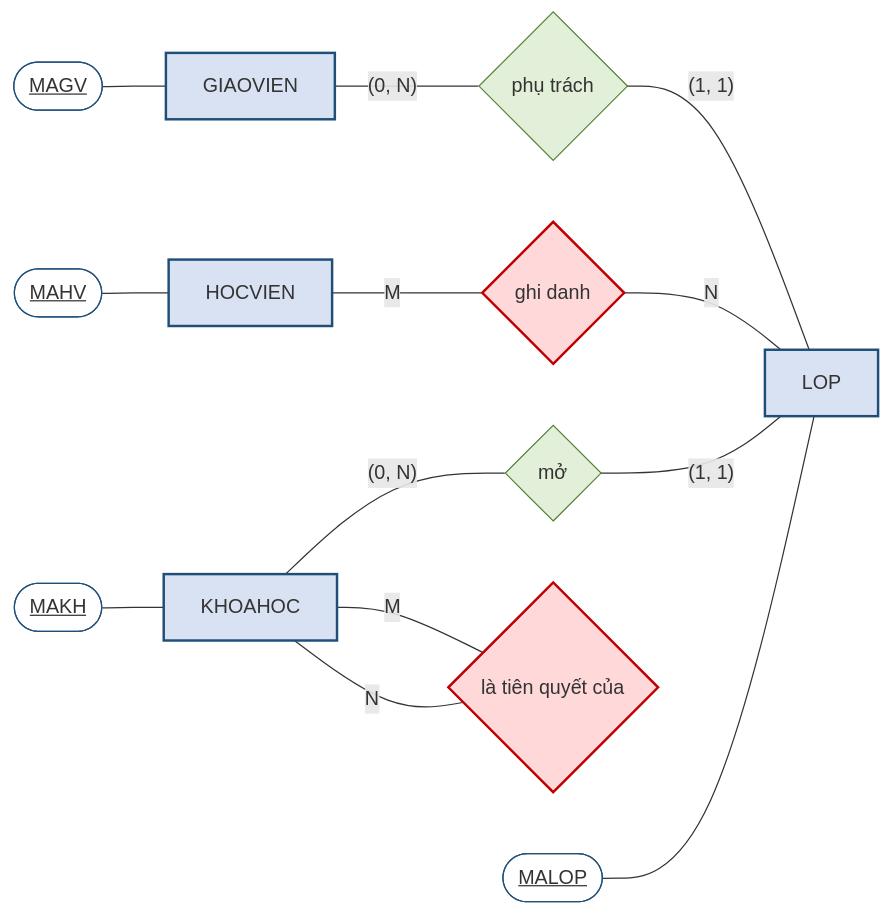
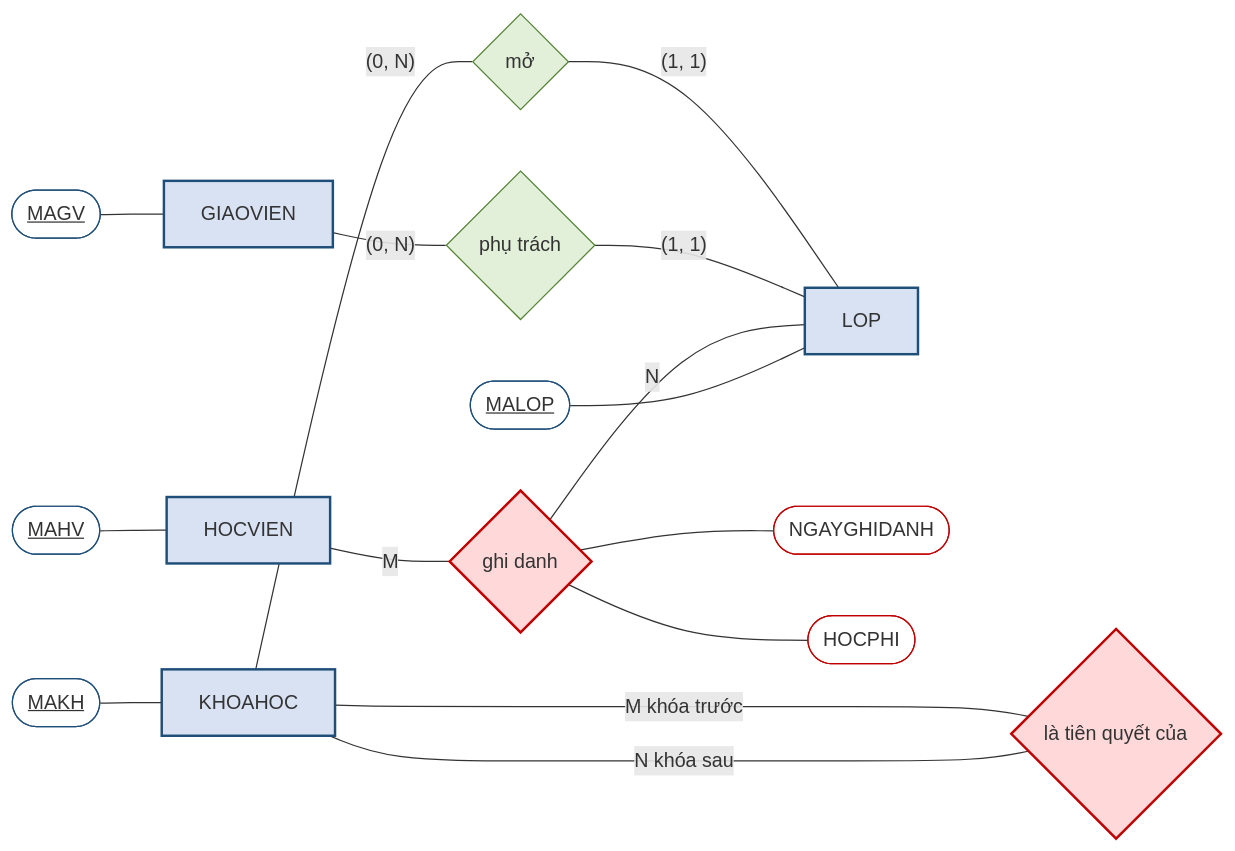
One commit to CuongNguyenDAU/csdl-dbs201 changed the second of 4 diagrams in docs/chuong-2/2-9-vi-du-tong-hop-trung-tam-anh-ngu-abc.md. Above: the diagram before and after it, drawn with Mermaid. The commit also changed other lines of this file and 98 other files, not shown here.

````diff
--- a/docs/chuong-2/2-9-vi-du-tong-hop-trung-tam-anh-ngu-abc.md
+++ b/docs/chuong-2/2-9-vi-du-tong-hop-trung-tam-anh-ngu-abc.md
@@ -88,27 +88,31 @@
 ```mermaid
 flowchart LR
     KH["KHOAHOC"] ---|"(0, N)"| R1{"mở"}
     R1 ---|"(1, 1)"| LOP["LOP"]
     GV["GIAOVIEN"] ---|"(0, N)"| R2{"phụ trách"}
     R2 ---|"(1, 1)"| LOP
     HV["HOCVIEN"] ---|"M"| R3{"ghi danh"}
     R3 ---|"N"| LOP
-    KH ---|"M"| R4{"là tiên quyết của"}
-    R4 ---|"N"| KH
+    R3 --- X1(["NGAYGHIDANH"])
+    R3 --- X2(["HOCPHI"])
+    KH ---|"M khóa trước"| R4{"là tiên quyết của"}
+    R4 -----|"N khóa sau"| KH
     K1(["<u>MAKH</u>"]) --- KH
     K2(["<u>MALOP</u>"]) --- LOP
     K3(["<u>MAGV</u>"]) --- GV
     K4(["<u>MAHV</u>"]) --- HV
+    style X1 fill:#fff,stroke:#C00000
+    style X2 fill:#fff,stroke:#C00000
     style KH fill:#D9E2F3,stroke:#1F4E79,stroke-width:2px
     style LOP fill:#D9E2F3,stroke:#1F4E79,stroke-width:2px
     style GV fill:#D9E2F3,stroke:#1F4E79,stroke-width:2px
     style HV fill:#D9E2F3,stroke:#1F4E79,stroke-width:2px
     style R1 fill:#E2F0D9,stroke:#548235
     style R2 fill:#E2F0D9,stroke:#548235
     style R3 fill:#FFD9D9,stroke:#C00000,stroke-width:2px
     style R4 fill:#FFD9D9,stroke:#C00000,stroke-width:2px
     style K1 fill:#fff,stroke:#1F4E79
     style K2 fill:#fff,stroke:#1F4E79
     style K3 fill:#fff,stroke:#1F4E79
     style K4 fill:#fff,stroke:#1F4E79
 ```
````
